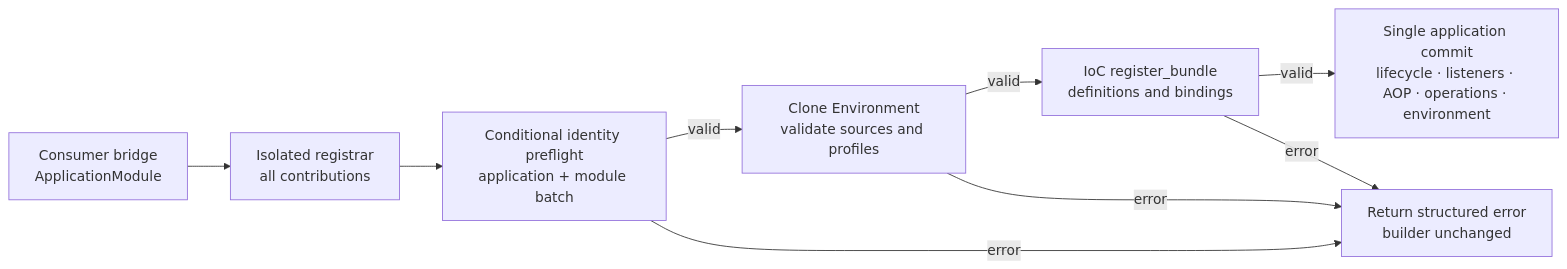
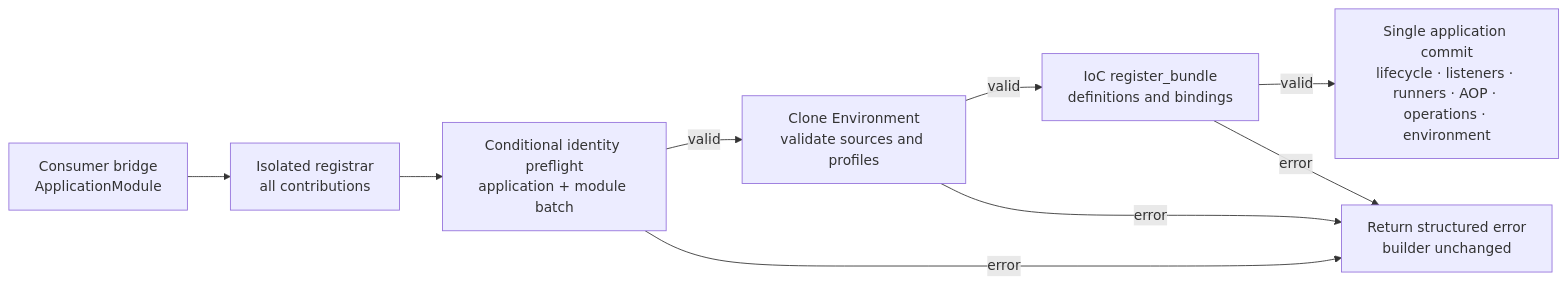
Before and after one commit to easy-4-rust/vernal: diagram 13 of 25 in docs/Vernal-Architecture.md, drawn with Mermaid. The commit also changed other lines of this file and 36 other files, not shown here.

Commit message:
feat(context): manage application runners

````diff
--- a/docs/Vernal-Architecture.md
+++ b/docs/Vernal-Architecture.md
@@ -987,19 +989,19 @@
 ```mermaid
 flowchart LR
     Bridge["Consumer bridge<br/>ApplicationModule"]
     Stage["Isolated registrar<br/>all contributions"]
     Condition["Conditional identity preflight<br/>application + module batch"]
     Env["Clone Environment<br/>validate sources and profiles"]
     Bundle["IoC register_bundle<br/>definitions and bindings"]
-    Commit["Single application commit<br/>lifecycle · listeners · AOP · operations · environment"]
+    Commit["Single application commit<br/>lifecycle · listeners · runners · AOP · operations · environment"]
     Rollback["Return structured error<br/>builder unchanged"]
 
     Bridge --> Stage
     Stage --> Condition
     Condition -->|"valid"| Env
     Condition -->|"error"| Rollback
     Env -->|"valid"| Bundle
     Env -->|"error"| Rollback
     Bundle -->|"valid"| Commit
     Bundle -->|"error"| Rollback
 ```
````
